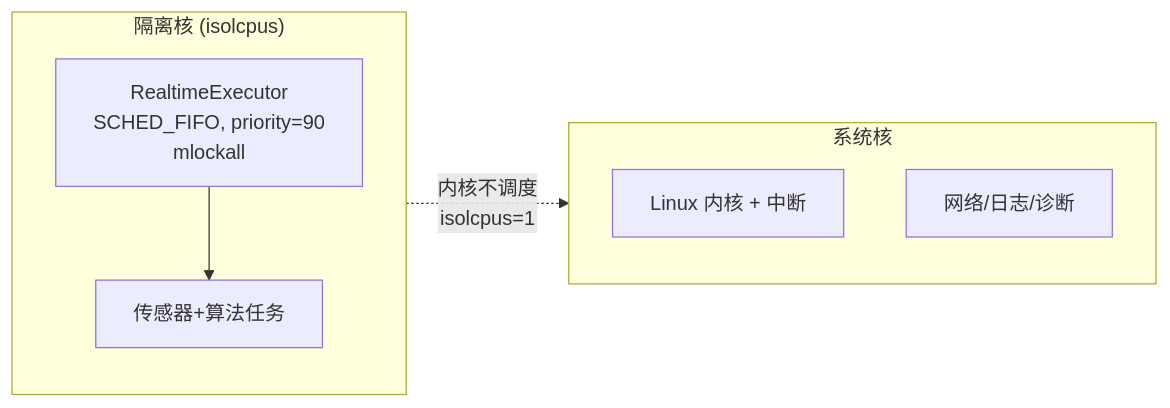
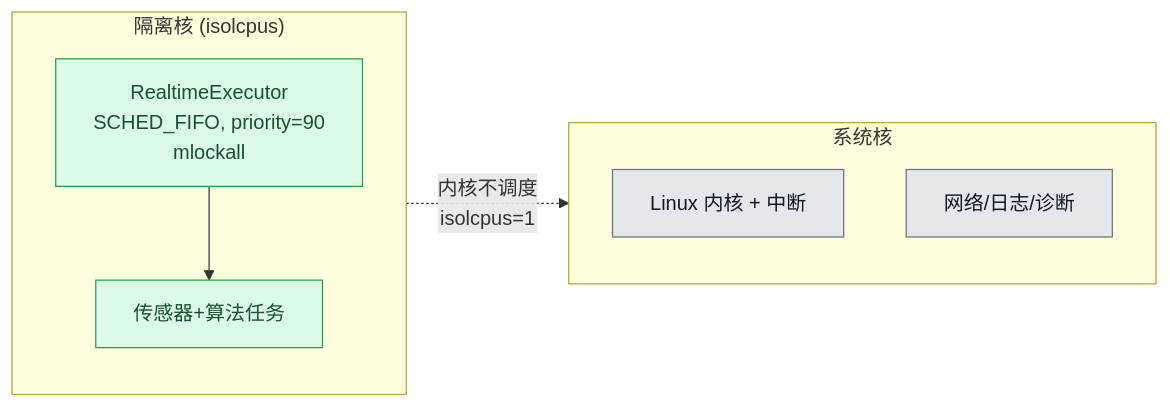
One commit to DeguiLiu/tech-notes changed the sixth of 9 diagrams in content/posts/architecture/embedded_streaming_data_architecture.md. Above: the diagram before and after it, drawn with Mermaid. The commit also changed other lines of this file and 16 other files, not shown here.

First line of the commit message:
story-docs(blog): de-AI architecture and pattern posts, add project links

````diff
--- a/content/posts/architecture/embedded_streaming_data_architecture.md
+++ b/content/posts/architecture/embedded_streaming_data_architecture.md
@@ -285,15 +319,19 @@
 ```mermaid
 flowchart LR
     subgraph CORE1["隔离核 (isolcpus)"]
         RT["RealtimeExecutor\nSCHED_FIFO, priority=90\nmlockall"]
         TASK["传感器+算法任务"]
     end
 
     subgraph CORE0["系统核"]
         SYS["Linux 内核 + 中断"]
         NET["网络/日志/诊断"]
     end
 
     RT --> TASK
     CORE1 -.->|"内核不调度\nisolcpus=1"| CORE0
+    classDef rt fill:#dcfce7,stroke:#16a34a,color:#14532d
+    classDef sys fill:#e5e7eb,stroke:#6b7280,color:#111827
+    class RT,TASK rt
+    class SYS,NET sys
 ```
````
